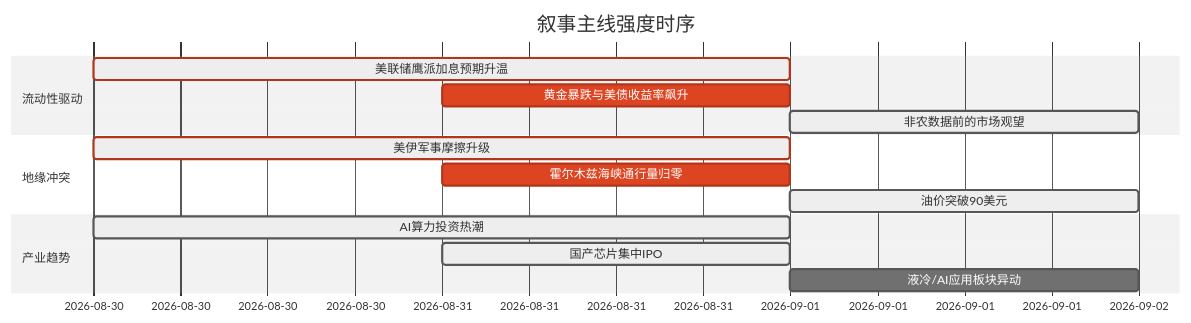
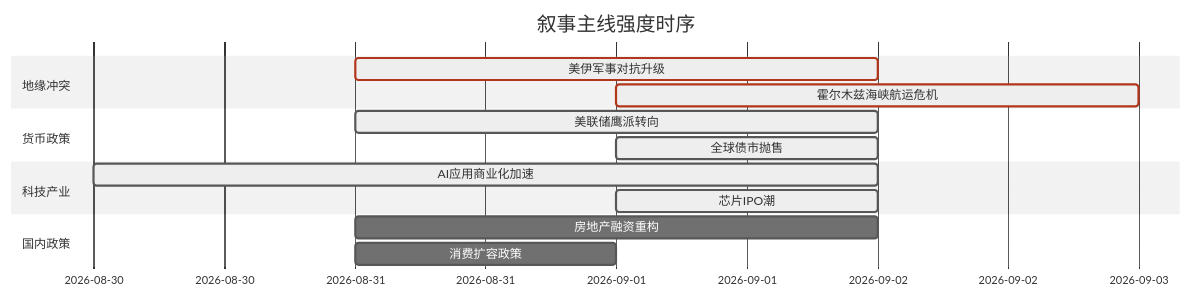
Before and after one commit to uu5zn/uu5zn.github.io: the diagram in 5day_report.md, drawn with Mermaid (neutral theme). The commit also changed other lines of this file and 24 other files, not shown here.

````diff
--- a/5day_report.md
+++ b/5day_report.md
@@ -58,19 +86,20 @@
 ```mermaid
 gantt
     title 叙事主线强度时序
     dateFormat YYYY-MM-DD
-    section 流动性驱动
-    美联储鹰派加息预期升温   :crit, active, 2026-08-30, 2d
-    黄金暴跌与美债收益率飙升   :crit, 2026-08-31, 1d
-    非农数据前的市场观望       :active, 2026-09-01, 1d
+    section 地缘冲突
+    美伊军事对抗升级   :crit, active, 2026-08-31, 2d
+    霍尔木兹海峡航运危机   :crit, active, 2026-09-01, 2d
     
-    section 地缘冲突
-    美伊军事摩擦升级           :crit, active, 2026-08-30, 2d
-    霍尔木兹海峡通行量归零     :crit, 2026-08-31, 1d
-    油价突破90美元             :active, 2026-09-01, 1d
+    section 货币政策
+    美联储鹰派转向   :active, 2026-08-31, 2d
+    全球债市抛售   :active, 2026-09-01, 1d
     
-    section 产业趋势
-    AI算力投资热潮             :active, 2026-08-30, 2d
-    国产芯片集中IPO            :active, 2026-08-31, 1d
-    液冷/AI应用板块异动        :2026-09-01, 1d
+    section 科技产业
+    AI应用商业化加速   :active, 2026-08-30, 3d
+    芯片IPO潮   :active, 2026-09-01, 1d
+    
+    section 国内政策
+    房地产融资重构   :2026-08-31, 2d
+    消费扩容政策   :2026-08-31, 1d
 ```
````
